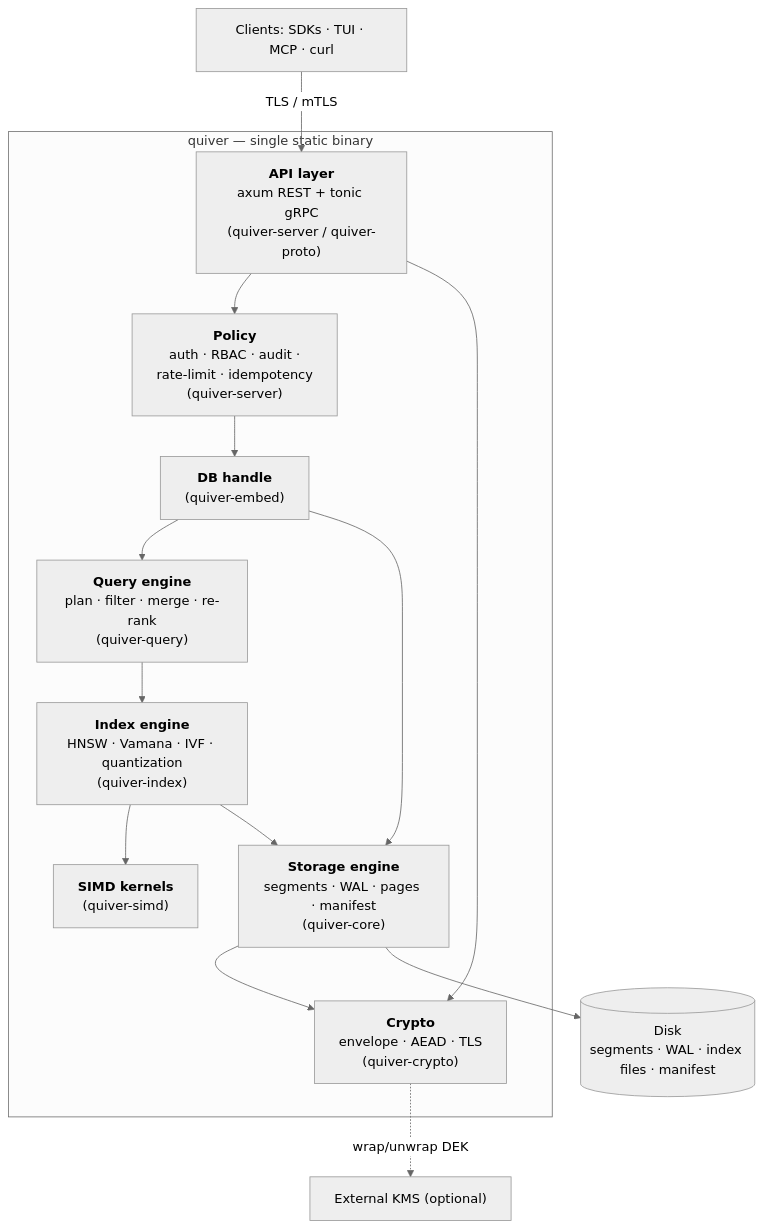
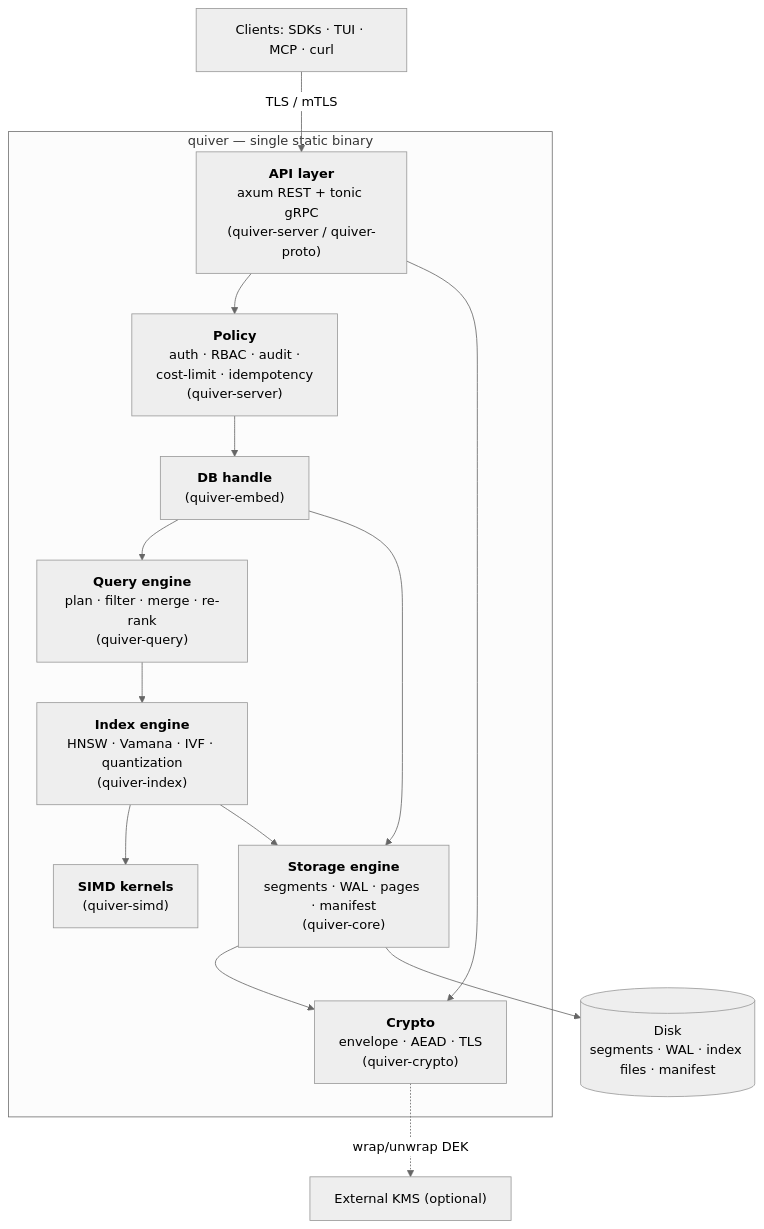
One commit to achref-soua/quiver changed the diagram in docs/architecture/c4-container.md. Above: the diagram before and after it, drawn with Mermaid (neutral theme). The commit also changed 22 other files, not shown here.

First line of the commit message:
feat(server): enforce query cost limits (ADR-0040) (#187)

````diff
--- a/docs/architecture/c4-container.md
+++ b/docs/architecture/c4-container.md
@@ -5,30 +5,30 @@
 ```mermaid
 flowchart TB
   client["Clients: SDKs · TUI · MCP · curl"]
 
   subgraph bin["quiver — single static binary"]
     api["<b>API layer</b><br/>axum REST + tonic gRPC<br/>(quiver-server / quiver-proto)"]
-    authz["<b>Policy</b><br/>auth · RBAC · audit ·<br/>rate-limit · idempotency<br/>(quiver-server)"]
+    authz["<b>Policy</b><br/>auth · RBAC · audit ·<br/>cost-limit · idempotency<br/>(quiver-server)"]
     embed["<b>DB handle</b><br/>(quiver-embed)"]
     query["<b>Query engine</b><br/>plan · filter · merge · re-rank<br/>(quiver-query)"]
     index["<b>Index engine</b><br/>HNSW · Vamana · IVF · quantization<br/>(quiver-index)"]
     simd["<b>SIMD kernels</b><br/>(quiver-simd)"]
     storage["<b>Storage engine</b><br/>segments · WAL · pages · manifest<br/>(quiver-core)"]
     crypto["<b>Crypto</b><br/>envelope · AEAD · TLS<br/>(quiver-crypto)"]
   end
 
   disk[("Disk<br/>segments · WAL · index files · manifest")]
   kms["External KMS (optional)"]
 
   client -->|"TLS / mTLS"| api
   api --> authz --> embed
   embed --> query
   embed --> storage
   query --> index
   index --> simd
   index --> storage
   storage --> crypto
   api --> crypto
   crypto -.->|"wrap/unwrap DEK"| kms
   storage --> disk
 ```
````
